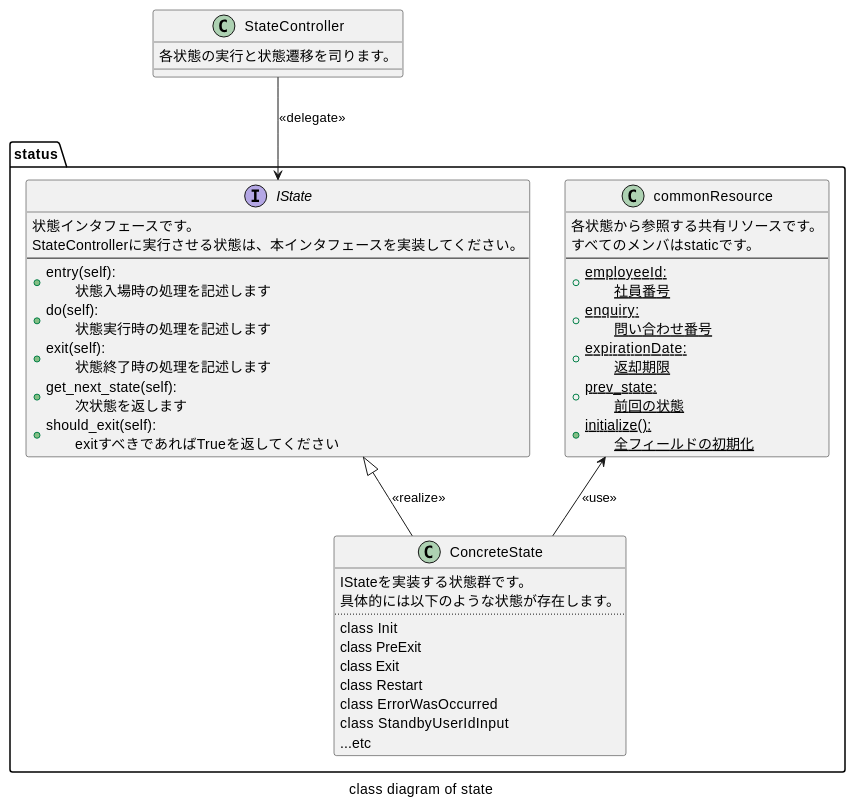
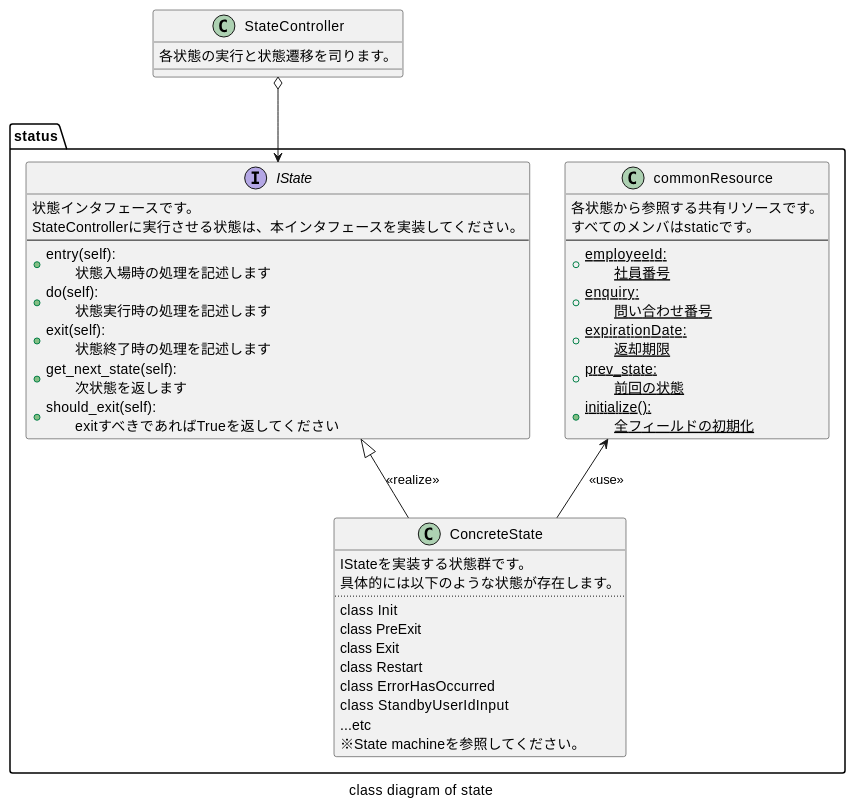
The fifth of 6 diagrams in doc/design.md (A-Yasue/EquipmentBookingSystem), drawn with PlantUML before and after one commit. The commit also changed other lines of this file and 4 other files, not shown here.

Commit message:
Document was updated, and identifier was modified from ErrorWasOccurred to ErrorHasOccurred.

````diff
--- a/doc/design.md
+++ b/doc/design.md
@@ -211,50 +269,51 @@
 ```plantuml
 
 
 class StateController{
     各状態の実行と状態遷移を司ります。
 }
 
 package status{
     interface IState{
         状態インタフェースです。
         StateControllerに実行させる状態は、本インタフェースを実装してください。
         ---
         + entry(self):\n\t状態入場時の処理を記述します
         + do(self):\n\t状態実行時の処理を記述します
         + exit(self):\n\t状態終了時の処理を記述します
         + get_next_state(self):\n\t次状態を返します
         + should_exit(self):\n\texitすべきであればTrueを返してください
     }
 
     class commonResource{
         各状態から参照する共有リソースです。
         すべてのメンバはstaticです。
         ---
         + {static}employeeId:\n\t社員番号
         + {static}enquiry:\n\t問い合わせ番号
         + {static}expirationDate:\n\t返却期限
         + {static}prev_state:\n\t前回の状態
         + {static}initialize():\n\t全フィールドの初期化
     }
 
     class ConcreteState{
         IStateを実装する状態群です。
         具体的には以下のような状態が存在します。
         ..
         class Init
         class PreExit
         class Exit
         class Restart
-        class ErrorWasOccurred
+        class ErrorHasOccurred
         class StandbyUserIdInput
         ...etc
+        ※State machineを参照してください。
     }
 }
 
-StateController -do->  IState : <<delegate>>
+StateController o-do->  IState
 ConcreteState   -up-|> IState : <<realize>>
 ConcreteState   -up->  commonResource : <<use>>
 
 caption class diagram of state
 ```
````
